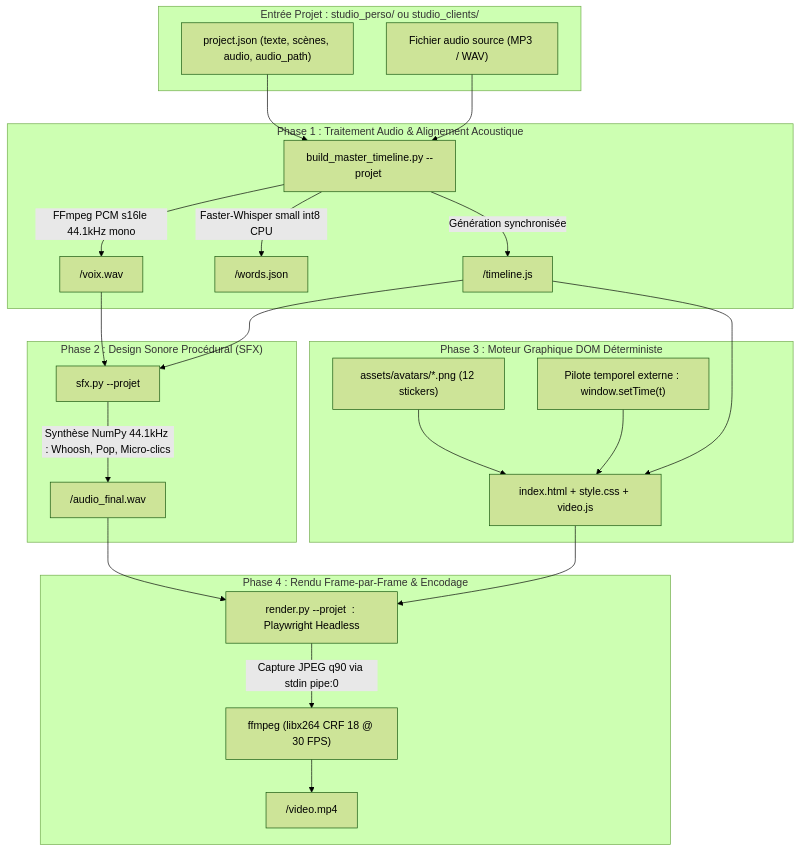
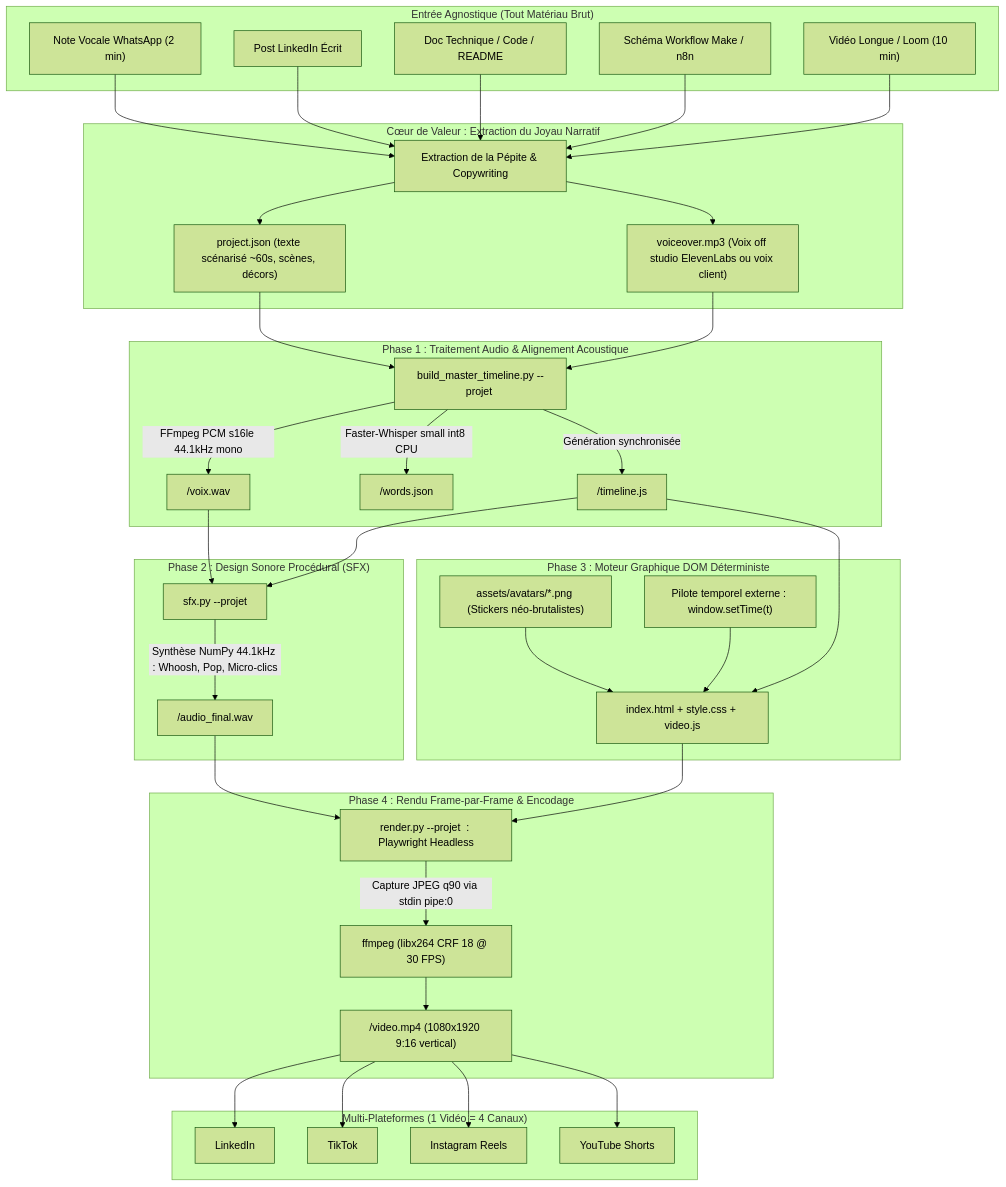
The diagram in docs/ARCHITECTURE.md (Kreesten-hsh/video), drawn with Mermaid (forest theme) before and after one commit. The commit also changed other lines of this file and 10 other files, not shown here.

First line of the commit message:
feat(strategy): aligner la gouvernance, le pricing, l'architecture et le graphe de connaissances

````diff
--- a/docs/ARCHITECTURE.md
+++ b/docs/ARCHITECTURE.md
@@ -48,34 +63,50 @@
 ```mermaid
 flowchart TD
-    subgraph INPUT["Entrée Projet : studio_perso/ ou studio_clients/"]
-        P["project.json (texte, scènes, audio, audio_path)"]
-        A["Fichier audio source (MP3 / WAV)"]
+    subgraph INPUT_AGNOSTIC["Entrée Agnostique (Tout Matériau Brut)"]
+        W["Note Vocale WhatsApp (2 min)"]
+        L["Post LinkedIn Écrit"]
+        D["Doc Technique / Code / README"]
+        S["Schéma Workflow Make / n8n"]
+        V["Vidéo Longue / Loom (10 min)"]
+    end
+
+    subgraph EXTRACTION["Cœur de Valeur : Extraction du Joyau Narratif"]
+        W & L & D & S & V --> EX["Extraction de la Pépite & Copywriting"]
+        EX --> P["project.json (texte scénarisé ~60s, scènes, décors)"]
+        EX --> A["voiceover.mp3 (Voix off studio ElevenLabs ou voix client)"]
     end
 
     subgraph PHASE_1["Phase 1 : Traitement Audio & Alignement Acoustique"]
         P --> B["build_master_timeline.py --projet <chemin>"]
         A --> B
-        B -->|FFmpeg PCM s16le 44.1kHz mono| D["<projet>/voix.wav"]
-        B -->|Faster-Whisper small int8 CPU| E["<projet>/words.json"]
-        B -->|Génération synchronisée| F["<projet>/timeline.js"]
+        B -->|FFmpeg PCM s16le 44.1kHz mono| VOIX["<projet>/voix.wav"]
+        B -->|Faster-Whisper small int8 CPU| WORDS["<projet>/words.json"]
+        B -->|Génération synchronisée| TL["<projet>/timeline.js"]
     end
 
     subgraph PHASE_2["Phase 2 : Design Sonore Procédural (SFX)"]
-        D --> G["sfx.py --projet <chemin>"]
-        F --> G
-        G -->|Synthèse NumPy 44.1kHz : Whoosh, Pop, Micro-clics| H["<projet>/audio_final.wav"]
+        VOIX --> G["sfx.py --projet <chemin>"]
+        TL --> G
+        G -->|Synthèse NumPy 44.1kHz : Whoosh, Pop, Micro-clics| SFX_OUT["<projet>/audio_final.wav"]
     end
 
     subgraph PHASE_3["Phase 3 : Moteur Graphique DOM Déterministe"]
-        F --> I["index.html + style.css + video.js"]
-        J["assets/avatars/*.png (12 stickers)"] --> I
-        K["Pilote temporel externe : window.setTime(t)"] --> I
+        TL --> DOM["index.html + style.css + video.js"]
+        STK["assets/avatars/*.png (Stickers néo-brutalistes)"] --> DOM
+        CLK["Pilote temporel externe : window.setTime(t)"] --> DOM
     end
 
     subgraph PHASE_4["Phase 4 : Rendu Frame-par-Frame & Encodage"]
-        I --> L["render.py --projet <chemin> : Playwright Headless"]
-        H --> L
-        L -->|Capture JPEG q90 via stdin pipe:0| M["ffmpeg (libx264 CRF 18 @ 30 FPS)"]
-        M --> N["<projet>/video<N>.mp4"]
+        DOM --> RND["render.py --projet <chemin> : Playwright Headless"]
+        SFX_OUT --> RND
+        RND -->|Capture JPEG q90 via stdin pipe:0| ENC["ffmpeg (libx264 CRF 18 @ 30 FPS)"]
+        ENC --> OUT["<projet>/video<N>.mp4 (1080x1920 9:16 vertical)"]
+    end
+
+    subgraph DISTRIBUTION["Multi-Plateformes (1 Vidéo = 4 Canaux)"]
+        OUT --> LI["LinkedIn"]
+        OUT --> TT["TikTok"]
+        OUT --> IG["Instagram Reels"]
+        OUT --> YT["YouTube Shorts"]
     end
 ```
````
